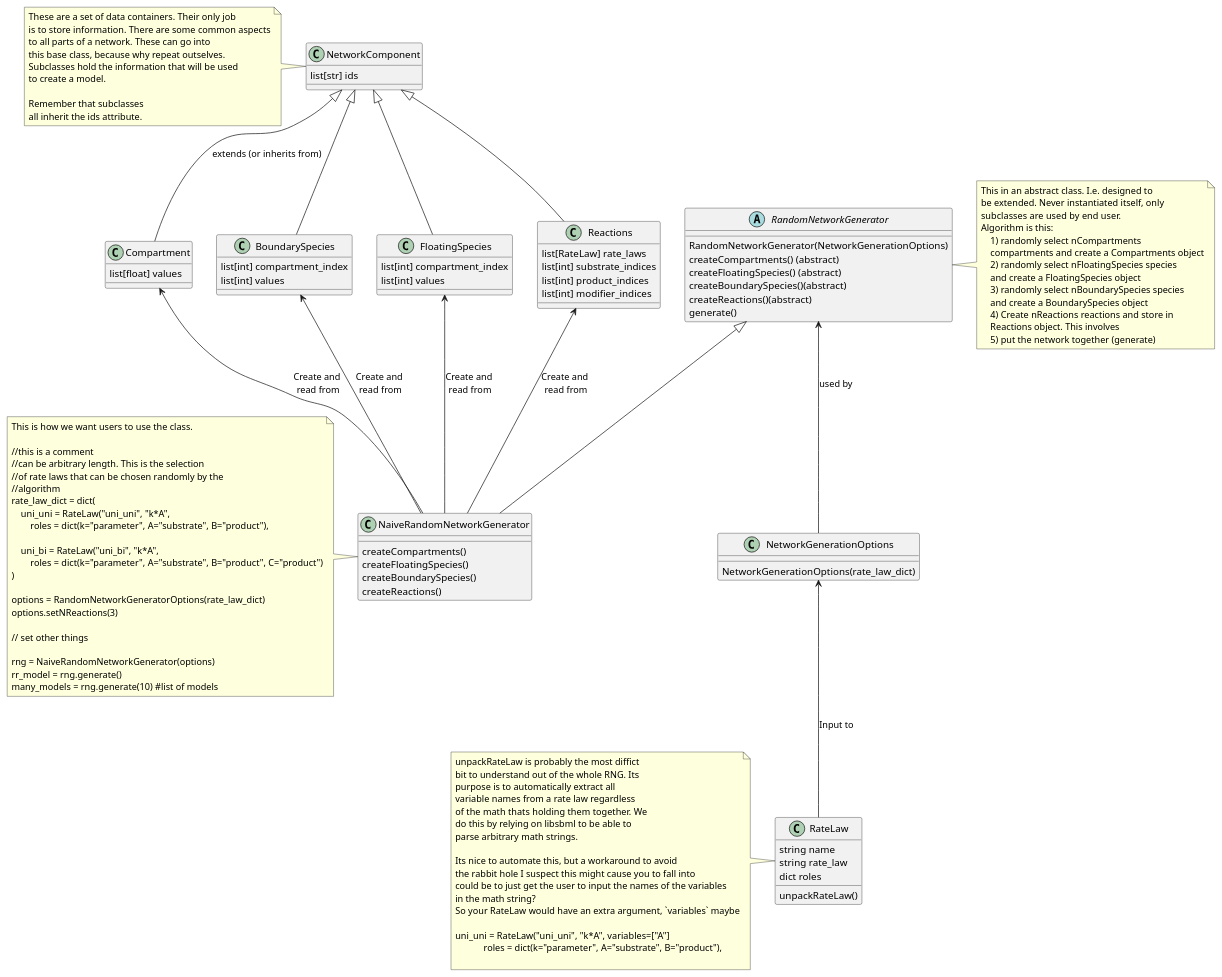
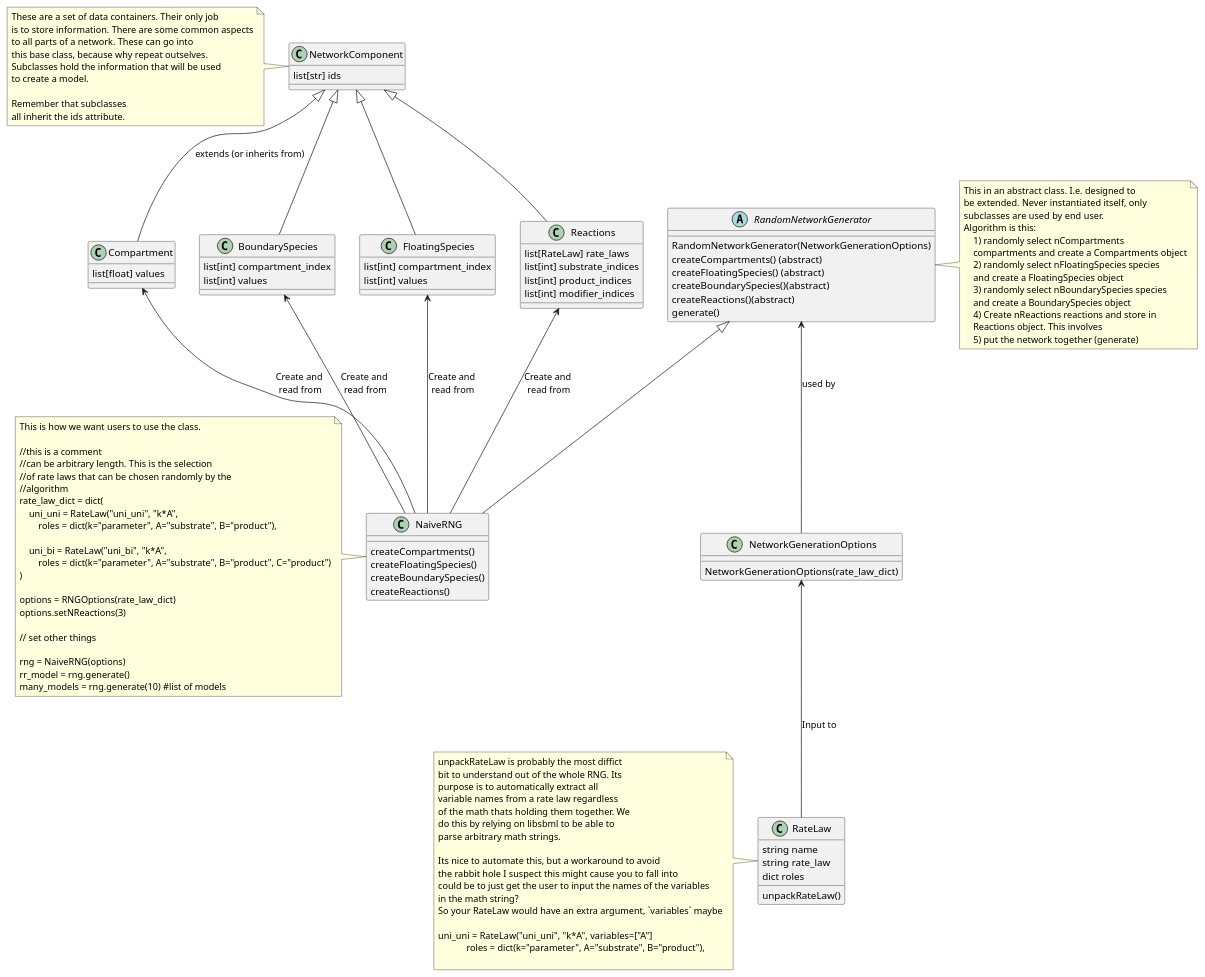
Before and after one commit to CiaranWelsh/EvoGym: the diagram in design/rng_design.puml, drawn with PlantUML. The commit also changed 16 other files, not shown here.

```diff
--- a/design/rng_design.puml
+++ b/design/rng_design.puml
@@ -1,177 +1,177 @@
 @startuml
 
 
 
 
 class NetworkComponent {
     list[str] ids
 }
 note left of NetworkComponent {
     These are a set of data containers. Their only job
     is to store information. There are some common aspects
     to all parts of a network. These can go into
     this base class, because why repeat outselves.
     Subclasses hold the information that will be used
     to create a model.
 
     Remember that subclasses
     all inherit the ids attribute.
 }
 
 class Compartment {
     list[float] values
 }
 
 class BoundarySpecies {
     list[int] compartment_index
     list[int] values
 }
 
 class FloatingSpecies{
     list[int] compartment_index
     list[int] values
 }
 
 class Reactions {
     list[RateLaw] rate_laws
     list[int] substrate_indices
     list[int] product_indices
     list[int] modifier_indices
 }
 
 NetworkComponent <|-- Compartment :extends (or inherits from)
 NetworkComponent <|-- BoundarySpecies
 NetworkComponent <|-- FloatingSpecies
 NetworkComponent <|-- Reactions
 
 class RateLaw {
     string name
     string rate_law
     dict roles
     unpackRateLaw()
 }
 
 note left of RateLaw {
     unpackRateLaw is probably the most diffict
     bit to understand out of the whole RNG. Its
     purpose is to automatically extract all
     variable names from a rate law regardless
     of the math thats holding them together. We
     do this by relying on libsbml to be able to
     parse arbitrary math strings.
 
     Its nice to automate this, but a workaround to avoid
     the rabbit hole I suspect this might cause you to fall into
     could be to just get the user to input the names of the variables
     in the math string?
     So your RateLaw would have an extra argument, `variables` maybe
 
     uni_uni = RateLaw("uni_uni", "k*A", variables=["A"]
                 roles = dict(k="parameter", A="substrate", B="product"),
 
 }
 
 class NetworkGenerationOptions {
     NetworkGenerationOptions(rate_law_dict)
 }
 
 NetworkGenerationOptions <-- RateLaw : Input to
 
 abstract class RandomNetworkGenerator{
     RandomNetworkGenerator(NetworkGenerationOptions)
     createCompartments() (abstract)
     createFloatingSpecies() (abstract)
     createBoundarySpecies()(abstract)
     createReactions()(abstract)
     generate()
 }
 
 RandomNetworkGenerator <-- NetworkGenerationOptions : used by
 
 note right of RandomNetworkGenerator {
     This in an abstract class. I.e. designed to
     be extended. Never instantiated itself, only
     subclasses are used by end user.
     Algorithm is this:
         1) randomly select nCompartments
         compartments and create a Compartments object
         2) randomly select nFloatingSpecies species
         and create a FloatingSpecies object
         3) randomly select nBoundarySpecies species
         and create a BoundarySpecies object
         4) Create nReactions reactions and store in
         Reactions object. This involves
         5) put the network together (generate)
     }
 
-class NaiveRandomNetworkGenerator {
+class NaiveRNG {
     createCompartments()
     createFloatingSpecies()
     createBoundarySpecies()
     createReactions()
 }
 
-RandomNetworkGenerator <|-- NaiveRandomNetworkGenerator
+RandomNetworkGenerator <|-- NaiveRNG
 
-note left of NaiveRandomNetworkGenerator {
+note left of NaiveRNG {
     This is how we want users to use the class.
 
     //this is a comment
     //can be arbitrary length. This is the selection
     //of rate laws that can be chosen randomly by the
     //algorithm
     rate_law_dict = dict(
         uni_uni = RateLaw("uni_uni", "k*A",
             roles = dict(k="parameter", A="substrate", B="product"),
 
         uni_bi = RateLaw("uni_bi", "k*A",
             roles = dict(k="parameter", A="substrate", B="product", C="product")
     )
 
-    options = RandomNetworkGeneratorOptions(rate_law_dict)
+    options = RNGOptions(rate_law_dict)
     options.setNReactions(3)
 
     // set other things
 
-    rng = NaiveRandomNetworkGenerator(options)
+    rng = NaiveRNG(options)
     rr_model = rng.generate()
     many_models = rng.generate(10) #list of models
 }
 
-Compartment <-- NaiveRandomNetworkGenerator : Create and\n read from
+Compartment <-- NaiveRNG : Create and\n read from
 
 
-BoundarySpecies <-- NaiveRandomNetworkGenerator : Create and\n read from
+BoundarySpecies <-- NaiveRNG : Create and\n read from
 
 
-FloatingSpecies <-- NaiveRandomNetworkGenerator : Create and\n read from
+FloatingSpecies <-- NaiveRNG : Create and\n read from
 
 
-Reactions <-- NaiveRandomNetworkGenerator : Create and\n read from
+Reactions <-- NaiveRNG : Create and\n read from
 
 
 'abstract class AbstractList
 'abstract AbstractCollection
 'interface List
 'interface Collection
 '
 'List <|-- AbstractList
 'Collection <|-- AbstractCollection
 '
 'Collection <|- List
 'AbstractCollection <|- AbstractList
 'AbstractList <|-- ArrayList
 '
 'class ArrayList {
 'Object[] elementData
 'size()
 '
 '}
 '
 'enum TimeUnit {
 'DAYS
 'HOURS
 'MINUTES
 '}
 
 @enduml
```
